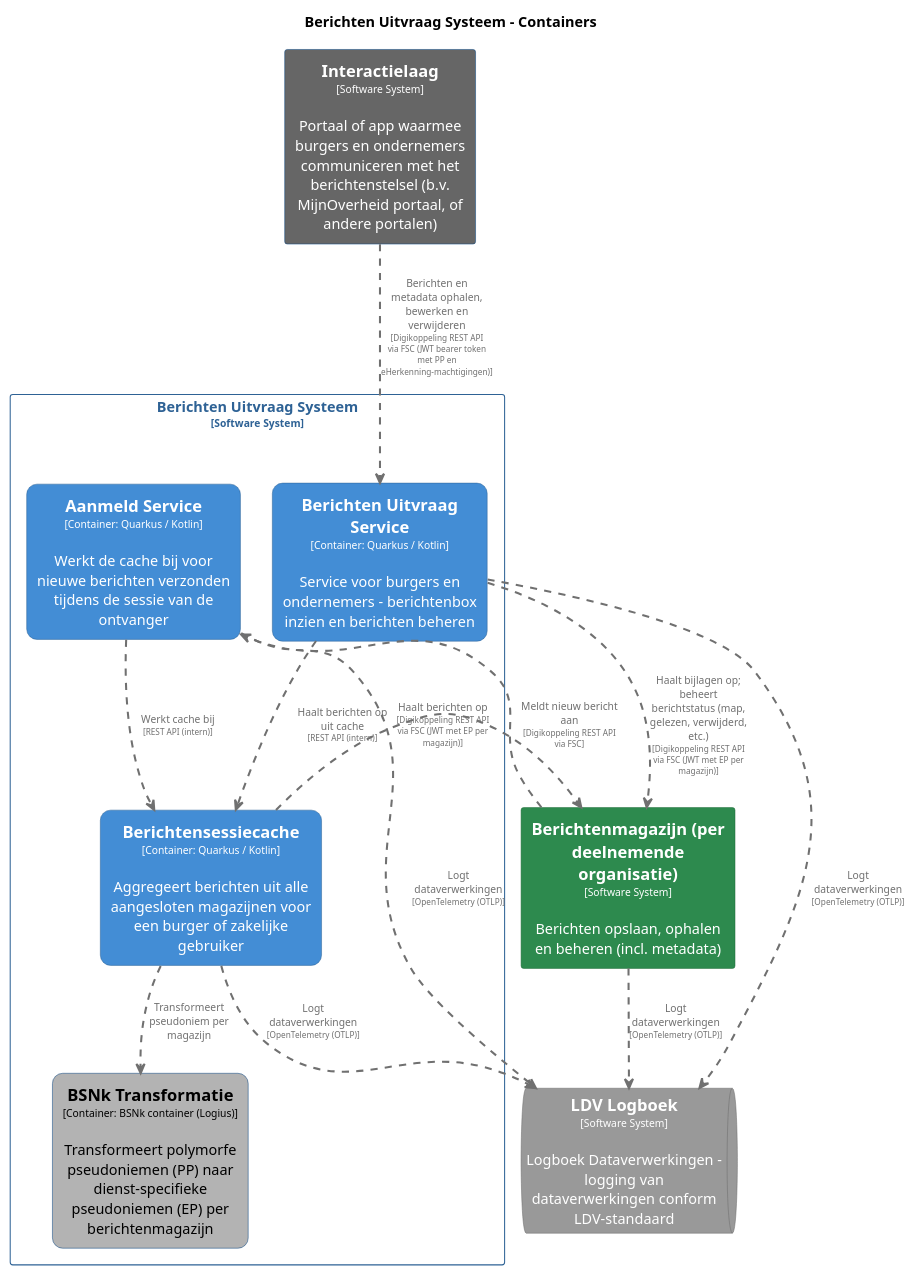
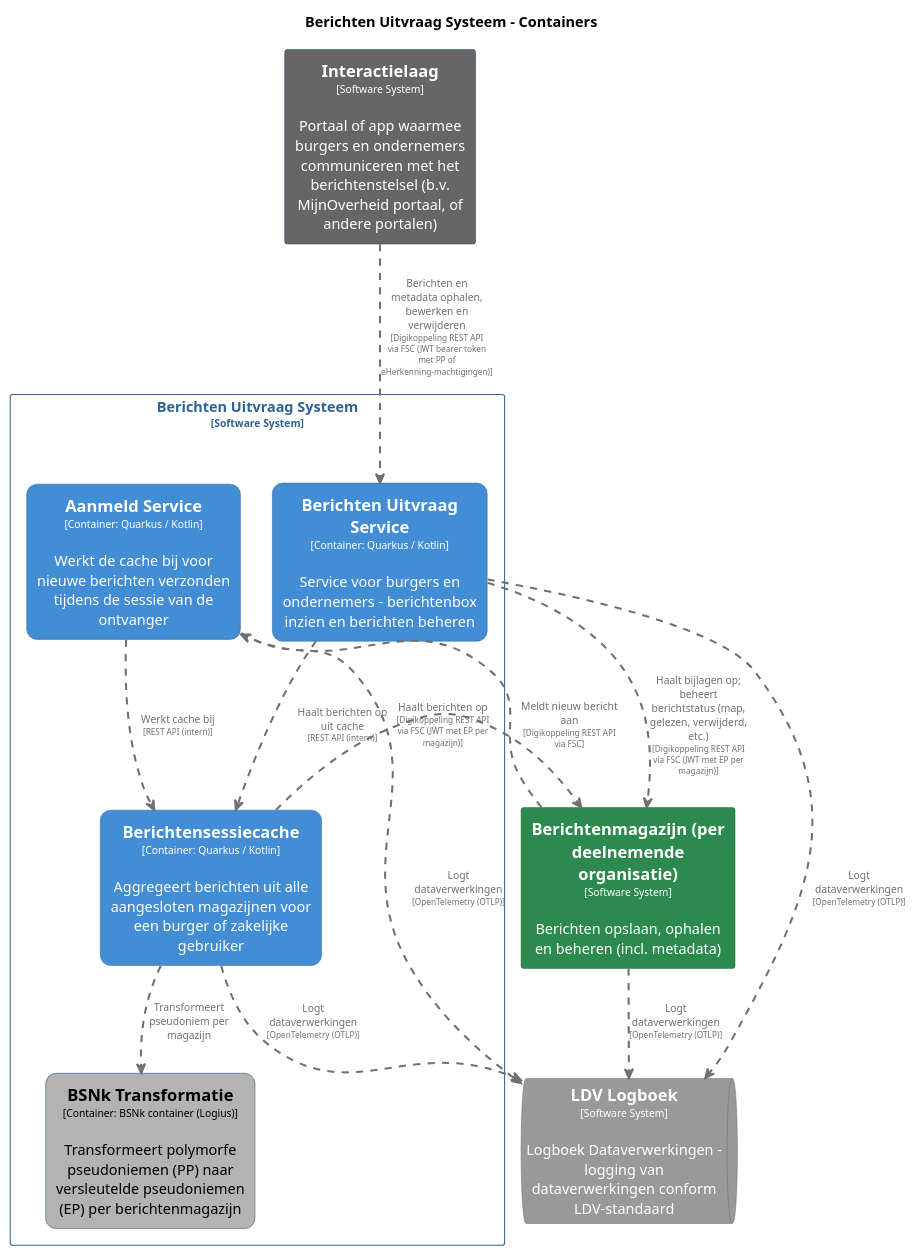
The diagram in pr-preview/pr-22/master/puml/BerichtenUitvraagSysteemContainers.puml (MinBZK/moza-poc-fbs-berichtenbox), drawn with PlantUML before and after one commit. The commit also changed 29 other files, not shown here.

```diff
--- a/pr-preview/pr-22/master/puml/BerichtenUitvraagSysteemContainers.puml
+++ b/pr-preview/pr-22/master/puml/BerichtenUitvraagSysteemContainers.puml
@@ -1,92 +1,92 @@
 @startuml
 set separator none
 title Berichten Uitvraag Systeem - Containers
 
 top to bottom direction
 skinparam ranksep 60
 skinparam nodesep 30
 
 skinparam {
   arrowFontSize 10
   defaultTextAlignment center
   wrapWidth 200
   maxMessageSize 100
 }
 
 hide stereotype
 
 skinparam rectangle<<BerichtenUitvraagSysteem.AanmeldService>> {
   BackgroundColor #438dd5
   FontColor #ffffff
   BorderColor #2e6295
   roundCorner 20
   shadowing false
 }
 skinparam rectangle<<BerichtenUitvraagSysteem.BSNkTransformatie>> {
   BackgroundColor #b3b3b3
   FontColor #000000
   BorderColor #0b4884
   roundCorner 20
   shadowing false
 }
 skinparam rectangle<<BerichtenUitvraagSysteem.BerichtenUitvraagService>> {
   BackgroundColor #438dd5
   FontColor #ffffff
   BorderColor #2e6295
   roundCorner 20
   shadowing false
 }
 skinparam rectangle<<Berichtenmagazijnperdeelnemendeorganisatie>> {
   BackgroundColor #2d8a4e
   FontColor #ffffff
   BorderColor #1e6b38
   shadowing false
 }
 skinparam rectangle<<BerichtenUitvraagSysteem.Berichtensessiecache>> {
   BackgroundColor #438dd5
   FontColor #ffffff
   BorderColor #2e6295
   roundCorner 20
   shadowing false
 }
 skinparam rectangle<<Interactielaag>> {
   BackgroundColor #666666
   FontColor #ffffff
   BorderColor #0b4884
   shadowing false
 }
 skinparam queue<<LDVLogboek>> {
   BackgroundColor #999999
   FontColor #ffffff
   BorderColor #6b6b6b
   shadowing false
 }
 skinparam rectangle<<BerichtenUitvraagSysteem>> {
   BorderColor #2e6295
   FontColor #2e6295
   shadowing false
 }
 
 rectangle "==Interactielaag\n<size:10>[Software System]</size>\n\nPortaal of app waarmee burgers en ondernemers communiceren met het berichtenstelsel (b.v. MijnOverheid portaal, of andere portalen)" <<Interactielaag>> as Interactielaag
 rectangle "==Berichtenmagazijn (per deelnemende organisatie)\n<size:10>[Software System]</size>\n\nBerichten opslaan, ophalen en beheren (incl. metadata)" <<Berichtenmagazijnperdeelnemendeorganisatie>> as Berichtenmagazijnperdeelnemendeorganisatie
 queue "==LDV Logboek\n<size:10>[Software System]</size>\n\nLogboek Dataverwerkingen - logging van dataverwerkingen conform LDV-standaard" <<LDVLogboek>> as LDVLogboek
 
 rectangle "Berichten Uitvraag Systeem\n<size:10>[Software System]</size>" <<BerichtenUitvraagSysteem>> {
   rectangle "==Berichtensessiecache\n<size:10>[Container: Quarkus / Kotlin]</size>\n\nAggregeert berichten uit alle aangesloten magazijnen voor een burger of zakelijke gebruiker" <<BerichtenUitvraagSysteem.Berichtensessiecache>> as BerichtenUitvraagSysteem.Berichtensessiecache
   rectangle "==Berichten Uitvraag Service\n<size:10>[Container: Quarkus / Kotlin]</size>\n\nService voor burgers en ondernemers - berichtenbox inzien en berichten beheren" <<BerichtenUitvraagSysteem.BerichtenUitvraagService>> as BerichtenUitvraagSysteem.BerichtenUitvraagService
-  rectangle "==BSNk Transformatie\n<size:10>[Container: BSNk container (Logius)]</size>\n\nTransformeert polymorfe pseudoniemen (PP) naar dienst-specifieke pseudoniemen (EP) per berichtenmagazijn" <<BerichtenUitvraagSysteem.BSNkTransformatie>> as BerichtenUitvraagSysteem.BSNkTransformatie
+  rectangle "==BSNk Transformatie\n<size:10>[Container: BSNk container (Logius)]</size>\n\nTransformeert polymorfe pseudoniemen (PP) naar versleutelde pseudoniemen (EP) per berichtenmagazijn" <<BerichtenUitvraagSysteem.BSNkTransformatie>> as BerichtenUitvraagSysteem.BSNkTransformatie
   rectangle "==Aanmeld Service\n<size:10>[Container: Quarkus / Kotlin]</size>\n\nWerkt de cache bij voor nieuwe berichten verzonden tijdens de sessie van de ontvanger" <<BerichtenUitvraagSysteem.AanmeldService>> as BerichtenUitvraagSysteem.AanmeldService
 }
 
 BerichtenUitvraagSysteem.Berichtensessiecache .[#707070,thickness=2].> Berichtenmagazijnperdeelnemendeorganisatie : "<color:#707070>Haalt berichten op\n<color:#707070><size:8>[Digikoppeling REST API via FSC (JWT met EP per magazijn)]</size>"
 Berichtenmagazijnperdeelnemendeorganisatie .[#707070,thickness=2].> LDVLogboek : "<color:#707070>Logt dataverwerkingen\n<color:#707070><size:8>[OpenTelemetry (OTLP)]</size>"
 BerichtenUitvraagSysteem.Berichtensessiecache .[#707070,thickness=2].> LDVLogboek : "<color:#707070>Logt dataverwerkingen\n<color:#707070><size:8>[OpenTelemetry (OTLP)]</size>"
 BerichtenUitvraagSysteem.BerichtenUitvraagService .[#707070,thickness=2].> LDVLogboek : "<color:#707070>Logt dataverwerkingen\n<color:#707070><size:8>[OpenTelemetry (OTLP)]</size>"
 BerichtenUitvraagSysteem.AanmeldService .[#707070,thickness=2].> LDVLogboek : "<color:#707070>Logt dataverwerkingen\n<color:#707070><size:8>[OpenTelemetry (OTLP)]</size>"
 BerichtenUitvraagSysteem.Berichtensessiecache .[#707070,thickness=2].> BerichtenUitvraagSysteem.BSNkTransformatie : "<color:#707070>Transformeert pseudoniem per magazijn"
 BerichtenUitvraagSysteem.AanmeldService .[#707070,thickness=2].> BerichtenUitvraagSysteem.Berichtensessiecache : "<color:#707070>Werkt cache bij\n<color:#707070><size:8>[REST API (intern)]</size>"
 BerichtenUitvraagSysteem.BerichtenUitvraagService .[#707070,thickness=2].> BerichtenUitvraagSysteem.Berichtensessiecache : "<color:#707070>Haalt berichten op uit cache\n<color:#707070><size:8>[REST API (intern)]</size>"
-Interactielaag .[#707070,thickness=2].> BerichtenUitvraagSysteem.BerichtenUitvraagService : "<color:#707070>Berichten en metadata ophalen, bewerken en verwijderen\n<color:#707070><size:8>[Digikoppeling REST API via FSC (JWT bearer token met PP en eHerkenning-machtigingen)]</size>"
+Interactielaag .[#707070,thickness=2].> BerichtenUitvraagSysteem.BerichtenUitvraagService : "<color:#707070>Berichten en metadata ophalen, bewerken en verwijderen\n<color:#707070><size:8>[Digikoppeling REST API via FSC (JWT bearer token met PP of eHerkenning-machtigingen)]</size>"
 BerichtenUitvraagSysteem.BerichtenUitvraagService .[#707070,thickness=2].> Berichtenmagazijnperdeelnemendeorganisatie : "<color:#707070>Haalt bijlagen op; beheert berichtstatus (map, gelezen, verwijderd, etc.)\n<color:#707070><size:8>[Digikoppeling REST API via FSC (JWT met EP per magazijn)]</size>"
 Berichtenmagazijnperdeelnemendeorganisatie .[#707070,thickness=2].> BerichtenUitvraagSysteem.AanmeldService : "<color:#707070>Meldt nieuw bericht aan\n<color:#707070><size:8>[Digikoppeling REST API via FSC]</size>"
 @enduml
```
